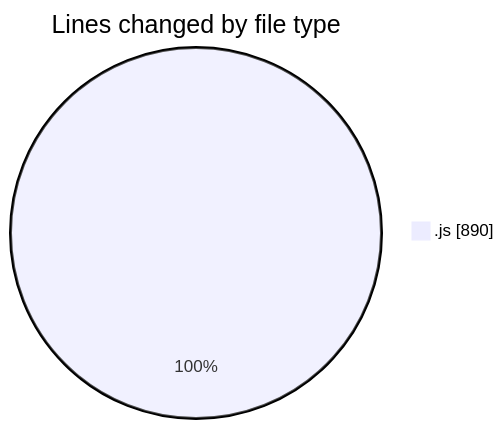
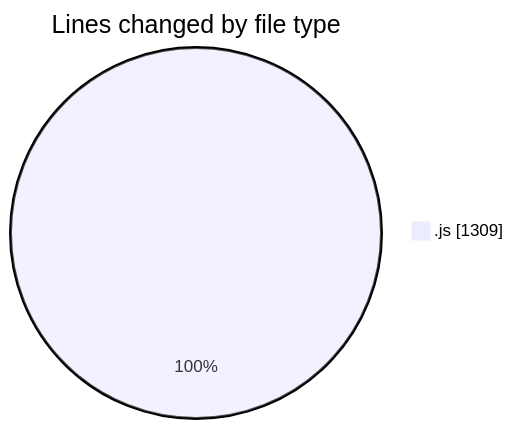
The first of 2 diagrams in 2025-03-13/cda/README.md (momahboobian/code-tracking), drawn with Mermaid before and after one commit. The commit also changed other lines of this file and 1 other file, not shown here.

````diff
--- a/2025-03-13/cda/README.md
+++ b/2025-03-13/cda/README.md
@@ -22,5 +22,5 @@
 ```mermaid
 pie showData
 title Lines changed by file type
-".js" : 890
+".js" : 1309
 ```
````
